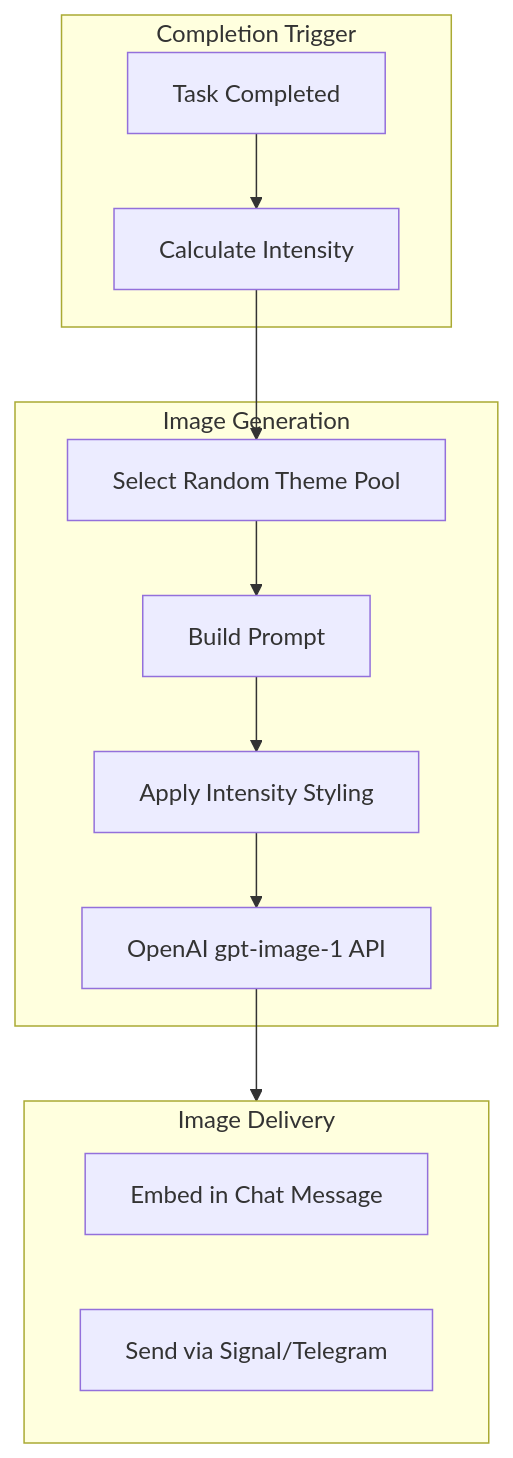
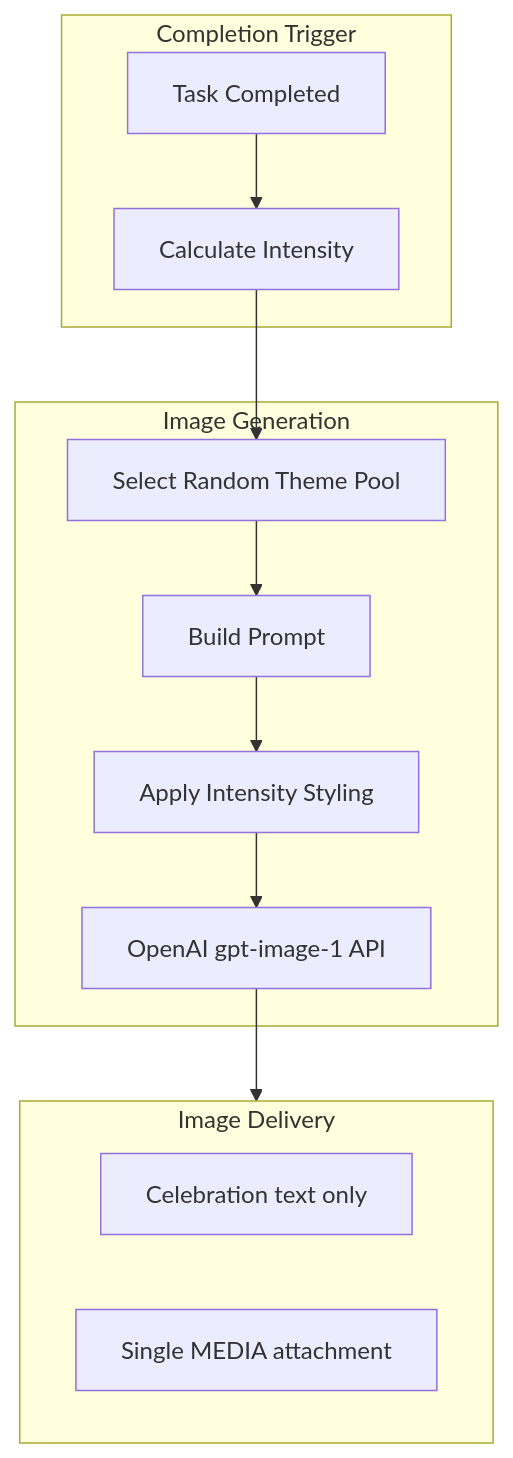
Before and after one commit to NickBorgersProbably/hide-my-list: the fifth of 18 diagrams in docs/reward-system.md, drawn with Mermaid. The commit also changed other lines of this file and 2 other files, not shown here.

````diff
--- a/docs/reward-system.md
+++ b/docs/reward-system.md
@@ -215,26 +215,26 @@
 ```mermaid
 flowchart TD
     subgraph Trigger["Completion Trigger"]
         Complete[Task Completed]
         Intensity[Calculate Intensity]
     end
 
     subgraph Generation["Image Generation"]
         Theme[Select Random Theme Pool]
         Prompt[Build Prompt]
         Style[Apply Intensity Styling]
         Generate[OpenAI gpt-image-1 API]
     end
 
     subgraph Delivery["Image Delivery"]
-        Chat[Embed in Chat Message]
-        Signal[Send via Signal/Telegram]
+        Reply[Celebration text only]
+        Media[Single MEDIA attachment]
     end
 
     Complete --> Intensity
     Intensity --> Theme
     Theme --> Prompt
     Prompt --> Style
     Style --> Generate
     Generate --> Delivery
 ```
````
